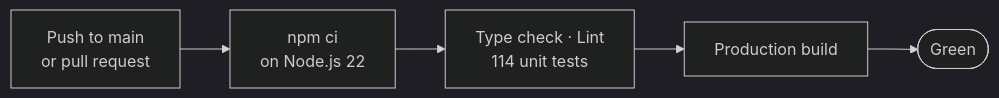
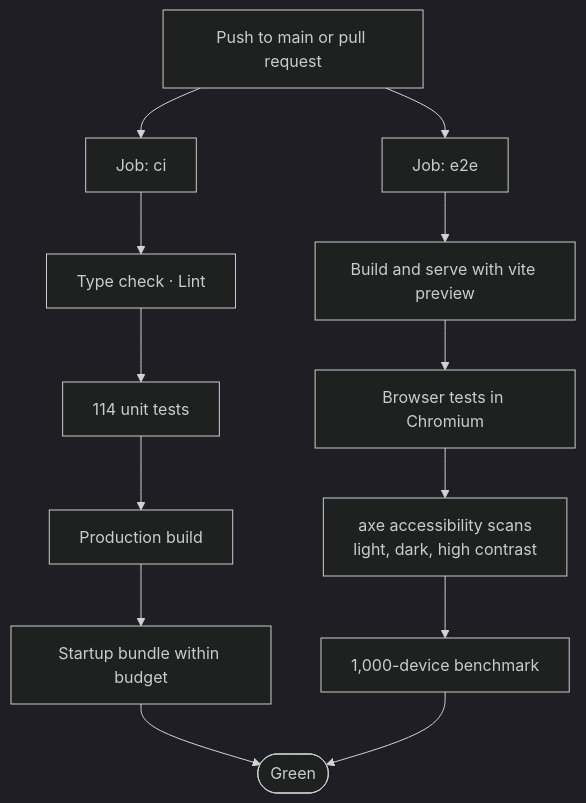
Before and after one commit to vijaykumargowdakk/ReSecArc: diagram 28 of 31 in README.md, drawn with Mermaid (dark theme). The commit also changed other lines of this file and 31 other files, not shown here.

Commit message:
Browser tests with accessibility scans in CI, on-demand loading, bundle budget, visible-only rendering for large sites

````diff
--- a/README.md
+++ b/README.md
@@ -1097,7 +1100,15 @@
 ```mermaid
-flowchart LR
-    PUSH["Push to main<br/>or pull request"] --> CI["npm ci<br/>on Node.js 22"]
-    CI --> CHK["Type check · Lint<br/>114 unit tests"]
-    CHK --> BU["Production build"]
-    BU --> OK(["Green"])
+flowchart TB
+    PUSH["Push to main or pull request"] --> J1["Job: ci"]
+    PUSH --> J2["Job: e2e"]
+    J1 --> A1["Type check · Lint"]
+    A1 --> A2["114 unit tests"]
+    A2 --> A3["Production build"]
+    A3 --> A4["Startup bundle within budget"]
+    J2 --> B1["Build and serve with vite preview"]
+    B1 --> B2["Browser tests in Chromium"]
+    B2 --> B3["axe accessibility scans<br/>light, dark, high contrast"]
+    B3 --> B4["1,000-device benchmark"]
+    A4 --> OK(["Green"])
+    B4 --> OK
 ```
````
